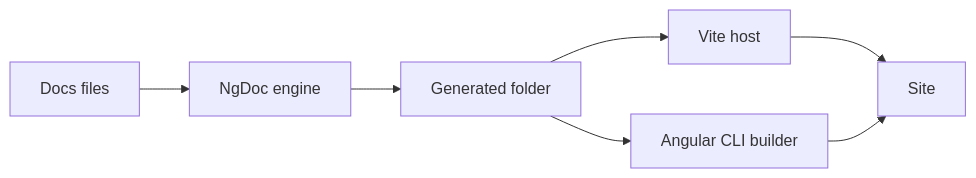
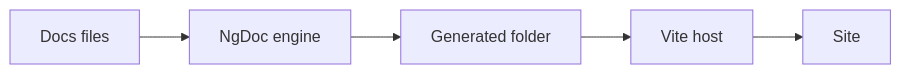
Before and after one commit to ng-doc/ng-doc: the diagram in apps/ng-doc/docs/build-and-deploy/dev-server-and-builds/index.md, drawn with Mermaid. The commit also changed other lines of this file and 97 other files, not shown here.

````diff
--- a/apps/ng-doc/docs/build-and-deploy/dev-server-and-builds/index.md
+++ b/apps/ng-doc/docs/build-and-deploy/dev-server-and-builds/index.md
@@ -34,9 +35,7 @@
 ```mermaid
 flowchart LR
   files["Docs files"] --> engine["NgDoc engine"]
   engine --> generated["Generated folder"]
   generated --> vite["Vite host"]
-  generated --> cli["Angular CLI builder"]
   vite --> site["Site"]
-  cli --> site
 ```
````
